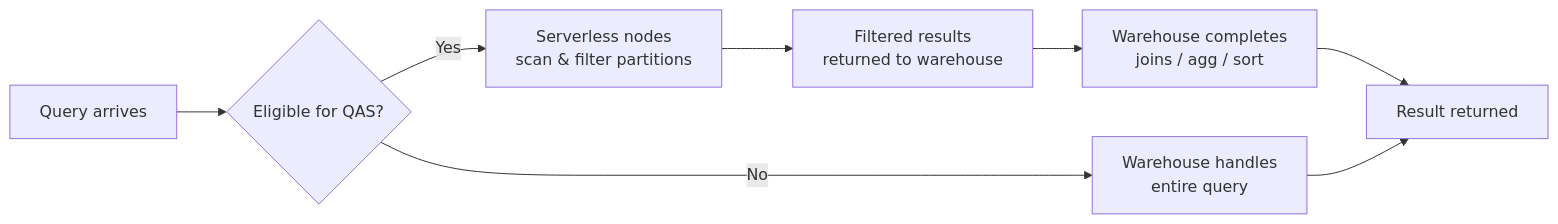
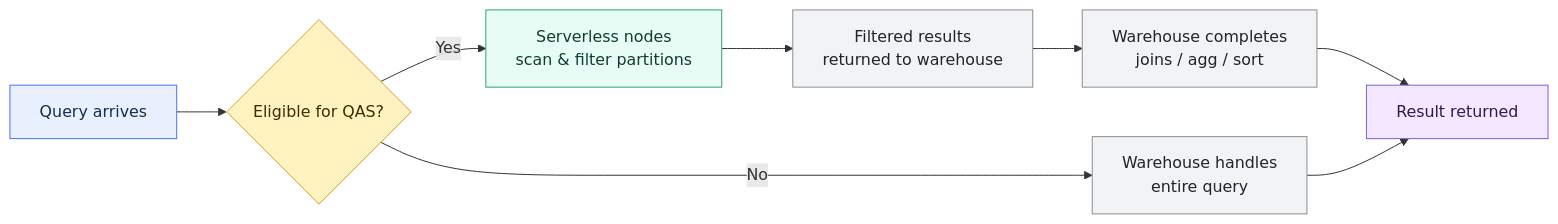
The diagram in 01 Snowflake/02 Performance and Optimization/10 Query Acceleration Service.md (shonningsoy/Upskill), drawn with Mermaid before and after one commit. The commit also changed other lines of this file and 6 other files, not shown here.

````diff
--- a/01 Snowflake/02 Performance and Optimization/10 Query Acceleration Service.md
+++ b/01 Snowflake/02 Performance and Optimization/10 Query Acceleration Service.md
@@ -59,10 +61,22 @@
 ```mermaid
 flowchart LR
     Q[Query arrives] --> O{Eligible for QAS?}
     O -- No --> WH[Warehouse handles<br>entire query]
     O -- Yes --> S[Serverless nodes<br>scan & filter partitions]
     S --> R[Filtered results<br>returned to warehouse]
     R --> WH2[Warehouse completes<br>joins / agg / sort]
     WH2 --> Done[Result returned]
     WH --> Done
+
+    classDef input fill:#E8F0FE,stroke:#4C6EF5,color:#172B4D
+    classDef control fill:#FFF3BF,stroke:#D69E2E,color:#3D2E00
+    classDef snowflake fill:#E6FCF5,stroke:#2F9E7B,color:#123C34
+    classDef platform fill:#F1F3F5,stroke:#868E96,color:#212529
+    classDef output fill:#F3E8FF,stroke:#805AD5,color:#2D1B4E
+
+    class Q input
+    class O control
+    class S snowflake
+    class WH,R,WH2 platform
+    class Done output
 ```
````
